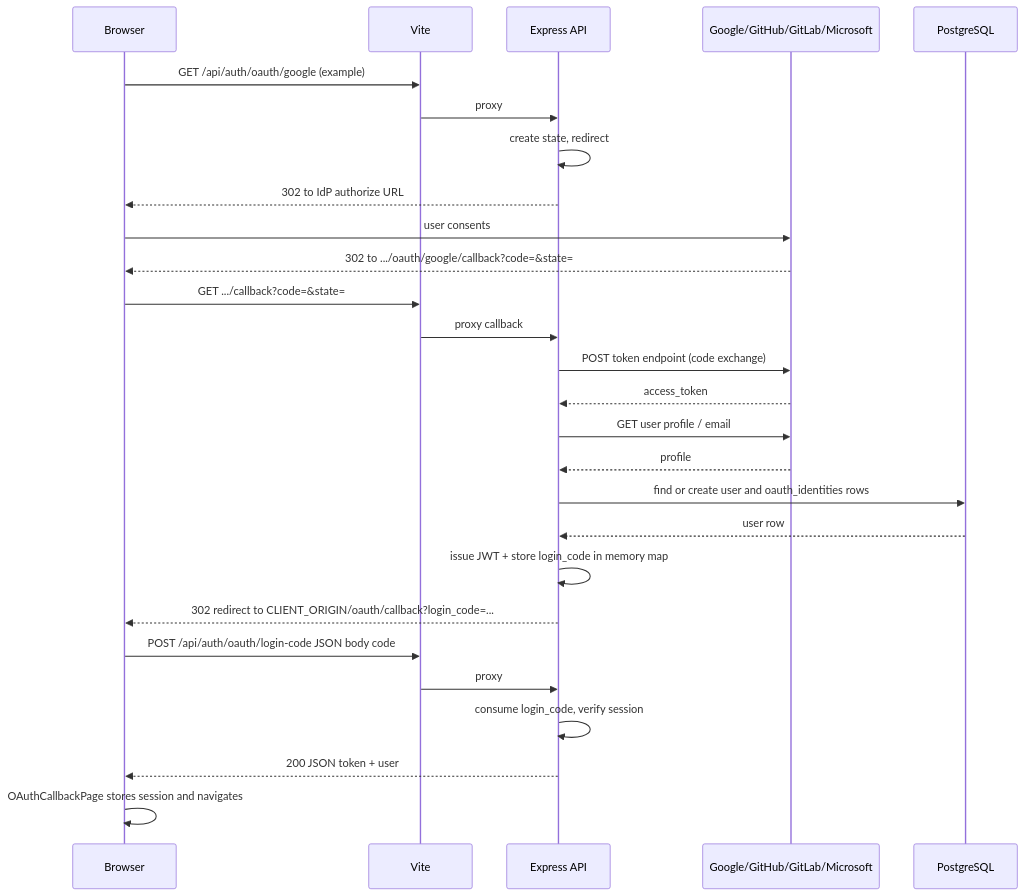
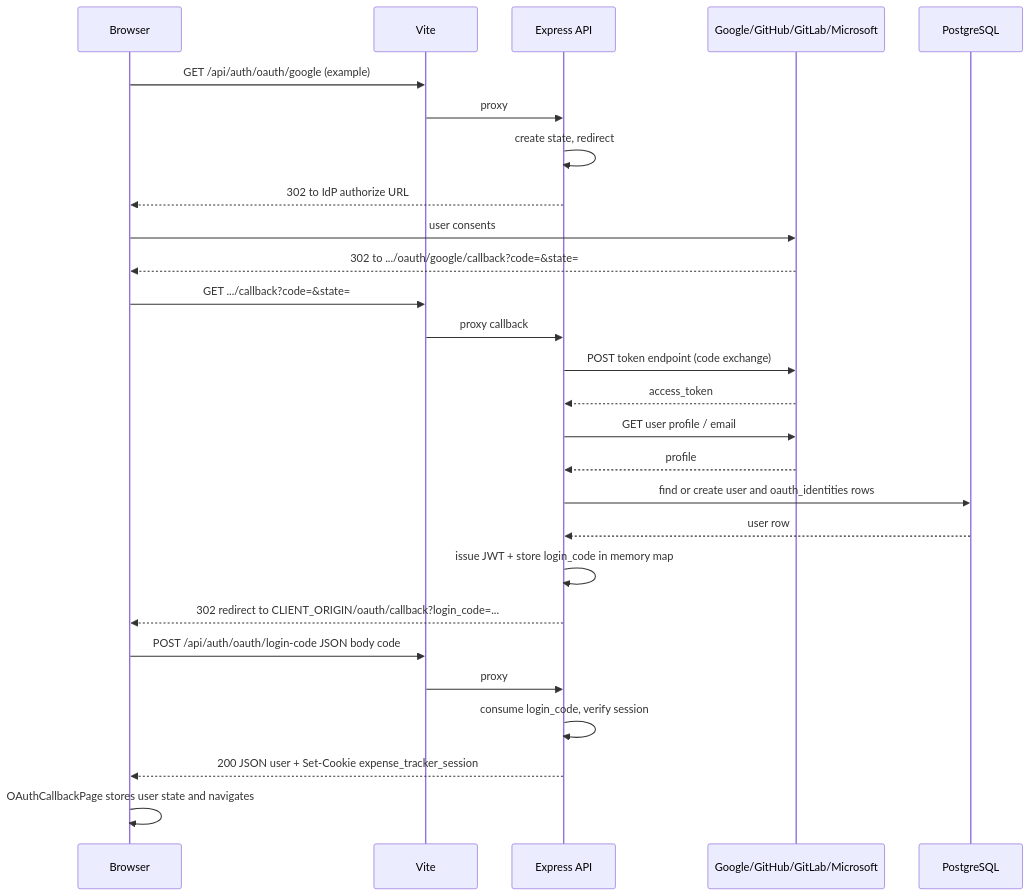
Diagram 20 of 20 in docs/ARCHITECTURE_DIAGRAM.md (becomeonewiththecode/expense_tracker), drawn with Mermaid before and after one commit. The commit also changed other lines of this file and 30 other files, not shown here.

First line of the commit message:
Security: cookie sessions, bank token encryption, auth hardening

````diff
--- a/docs/ARCHITECTURE_DIAGRAM.md
+++ b/docs/ARCHITECTURE_DIAGRAM.md
@@ -789,30 +789,30 @@
 ```mermaid
 sequenceDiagram
   participant Browser
   participant Vite
   participant API as Express API
   participant IdP as Google/GitHub/GitLab/Microsoft
   participant PG as PostgreSQL
 
   Browser->>Vite: GET /api/auth/oauth/google (example)
   Vite->>API: proxy
   API->>API: create state, redirect
   API-->>Browser: 302 to IdP authorize URL
   Browser->>IdP: user consents
   IdP-->>Browser: 302 to .../oauth/google/callback?code=&state=
   Browser->>Vite: GET .../callback?code=&state=
   Vite->>API: proxy callback
   API->>IdP: POST token endpoint (code exchange)
   IdP-->>API: access_token
   API->>IdP: GET user profile / email
   IdP-->>API: profile
   API->>PG: find or create user and oauth_identities rows
   PG-->>API: user row
   API->>API: issue JWT + store login_code in memory map
   API-->>Browser: 302 redirect to CLIENT_ORIGIN/oauth/callback?login_code=...
   Browser->>Vite: POST /api/auth/oauth/login-code JSON body code
   Vite->>API: proxy
   API->>API: consume login_code, verify session
-  API-->>Browser: 200 JSON token + user
-  Browser->>Browser: OAuthCallbackPage stores session and navigates
+  API-->>Browser: 200 JSON user + Set-Cookie expense_tracker_session
+  Browser->>Browser: OAuthCallbackPage stores user state and navigates
 ```
````
